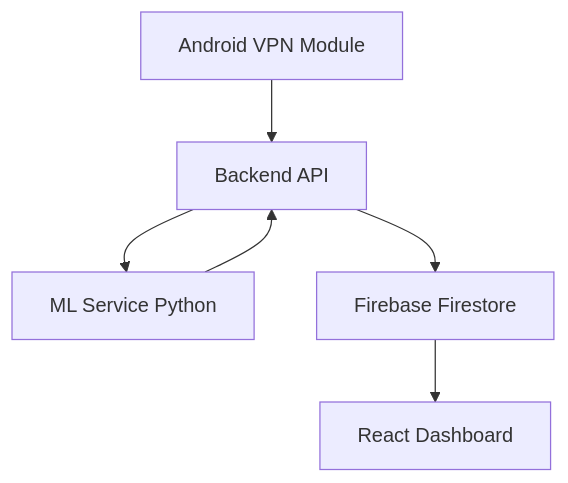
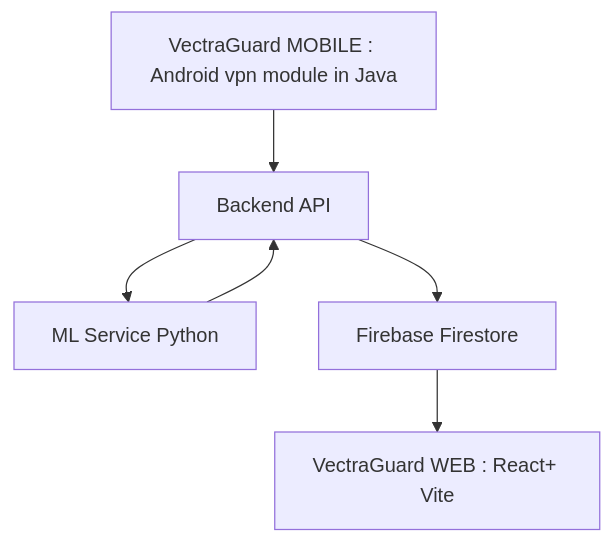
The diagram in README.md (codinglavinia/VECTR4GU4RD-Dashboard), drawn with Mermaid before and after one commit.

````diff
--- a/README.md
+++ b/README.md
@@ -288,8 +288,8 @@
 ```mermaid
 graph TD
-A[Android VPN Module] --> B[Backend API]
+A[VectraGuard MOBILE : Android vpn module in Java] --> B[Backend API]
 B --> C[ML Service Python]
 B --> D[Firebase Firestore]
-D --> E[React Dashboard]
+D --> E[VectraGuard WEB : React+ Vite ]
 C --> B
 ```
````
